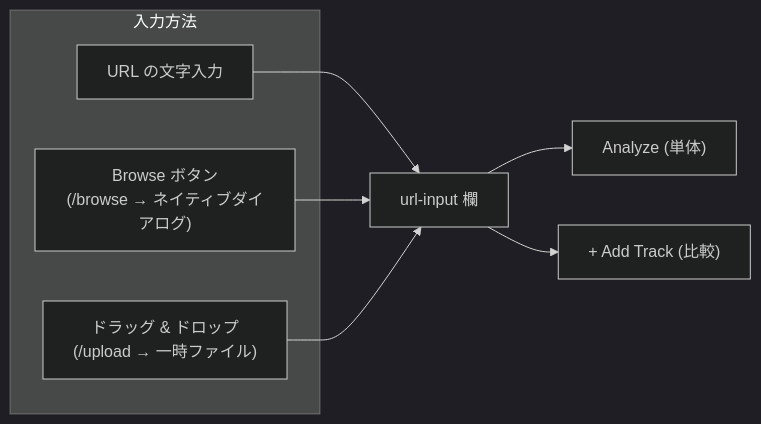
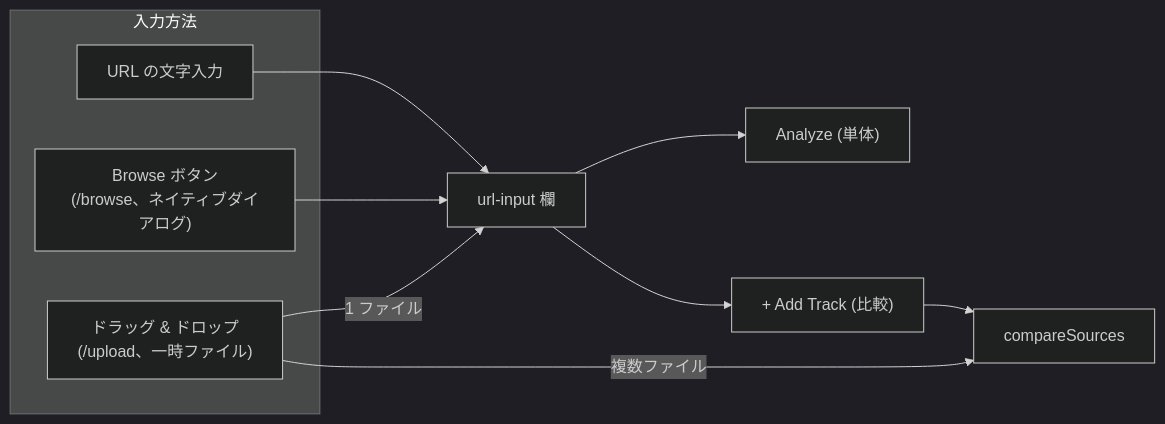
Before and after one commit to semnil/analyze-spectrum: the tenth of 18 diagrams in docs/architecture.ja.md, drawn with Mermaid (dark theme). The commit also changed other lines of this file and 7 other files, not shown here.

````diff
--- a/docs/architecture.ja.md
+++ b/docs/architecture.ja.md
@@ -255,15 +269,17 @@
 ```mermaid
 flowchart LR
     subgraph "入力方法"
         URL["URL の文字入力"]
-        BROWSE["Browse ボタン<br>(/browse → ネイティブダイアログ)"]
-        DND["ドラッグ & ドロップ<br>(/upload → 一時ファイル)"]
+        BROWSE["Browse ボタン<br>(/browse、ネイティブダイアログ)"]
+        DND["ドラッグ & ドロップ<br>(/upload、一時ファイル)"]
     end
 
     URL --> INPUT["url-input 欄"]
     BROWSE --> INPUT
-    DND --> INPUT
+    DND -->|"1 ファイル"| INPUT
+    DND -->|"複数ファイル"| QUEUE["compareSources"]
 
     INPUT --> ANALYZE["Analyze (単体)"]
     INPUT --> ADD["+ Add Track (比較)"]
+    ADD --> QUEUE
 ```
````
